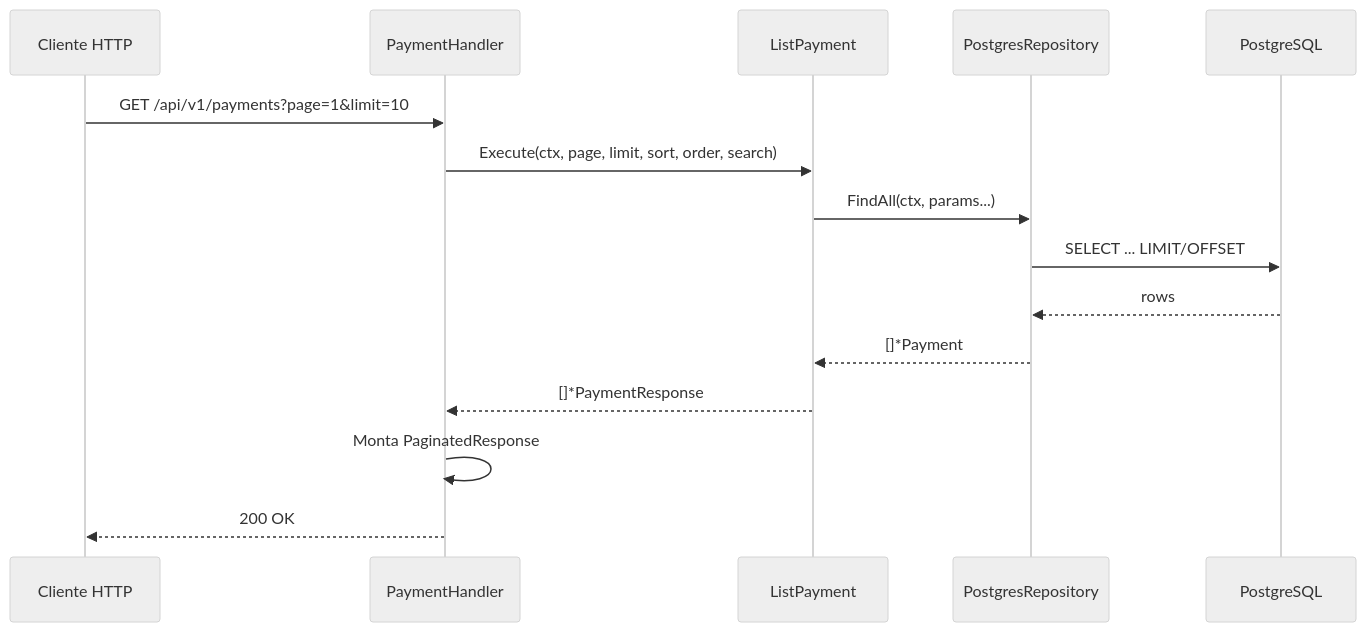
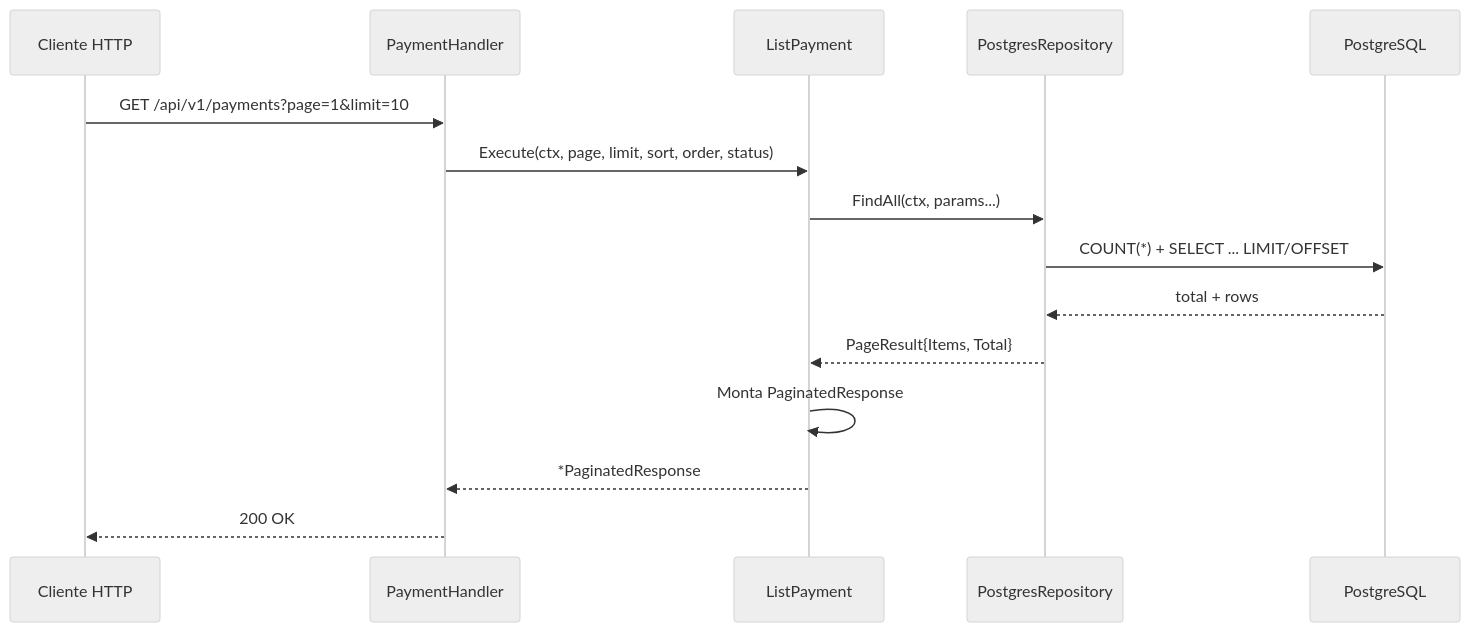
The third of 5 diagrams in README.md (VictordaSilvaf/payment_service), drawn with Mermaid (neutral theme) before and after one commit. The commit also changed other lines of this file and 3 other files, not shown here.

````diff
--- a/README.md
+++ b/README.md
@@ -150,18 +161,18 @@
 ```mermaid
 sequenceDiagram
     participant Client as Cliente HTTP
     participant Handler as PaymentHandler
     participant UC as ListPayment
     participant Repo as PostgresRepository
     participant DB as PostgreSQL
 
     Client->>Handler: GET /api/v1/payments?page=1&limit=10
-    Handler->>UC: Execute(ctx, page, limit, sort, order, search)
+    Handler->>UC: Execute(ctx, page, limit, sort, order, status)
     UC->>Repo: FindAll(ctx, params...)
-    Repo->>DB: SELECT ... LIMIT/OFFSET
-    DB-->>Repo: rows
-    Repo-->>UC: []*Payment
-    UC-->>Handler: []*PaymentResponse
-    Handler->>Handler: Monta PaginatedResponse
+    Repo->>DB: COUNT(*) + SELECT ... LIMIT/OFFSET
+    DB-->>Repo: total + rows
+    Repo-->>UC: PageResult{Items, Total}
+    UC->>UC: Monta PaginatedResponse
+    UC-->>Handler: *PaginatedResponse
     Handler-->>Client: 200 OK
 ```
````
